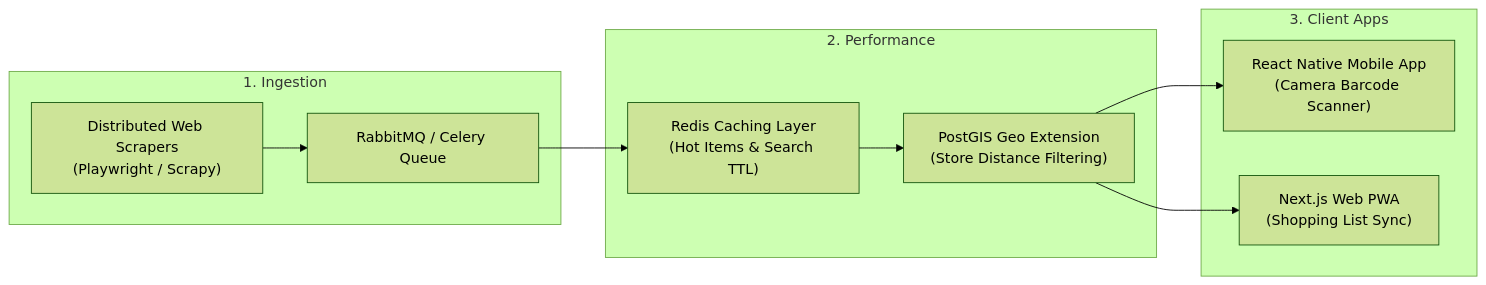
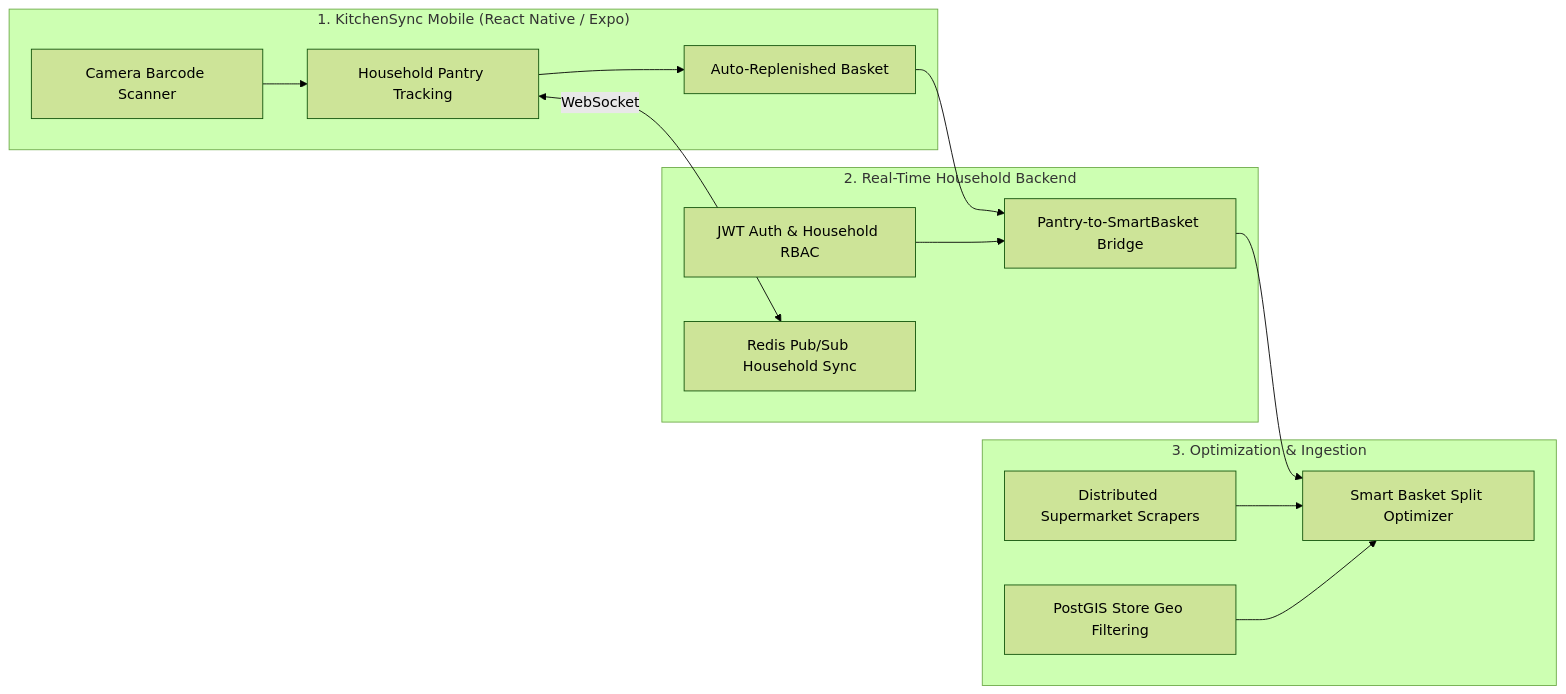
One commit to DyanCoded/Smart-Basket changed the third of 3 diagrams in docs/RETROSPECTIVE.md. Above: the diagram before and after it, drawn with Mermaid (forest theme). The commit also changed other lines of this file and 2 other files, not shown here.

Commit message:
docs(#12): polish README with quickstart, Phase 1 trade-offs and Phase 2 KitchenSync roadmap

````diff
--- a/docs/RETROSPECTIVE.md
+++ b/docs/RETROSPECTIVE.md
@@ -270,23 +270,29 @@
 ```mermaid
 flowchart LR
-    subgraph P2_1["1. Ingestion"]
-        Scrapers["Distributed Web Scrapers<br>(Playwright / Scrapy)"]
-        Queue["RabbitMQ / Celery Queue"]
+    subgraph P2_1["1. KitchenSync Mobile (React Native / Expo)"]
+        Scanner["Camera Barcode Scanner"]
+        PantryUI["Household Pantry Tracking"]
+        AutoList["Auto-Replenished Basket"]
     end
 
-    subgraph P2_2["2. Performance"]
-        RedisCache["Redis Caching Layer<br>(Hot Items & Search TTL)"]
-        PostGIS["PostGIS Geo Extension<br>(Store Distance Filtering)"]
+    subgraph P2_2["2. Real-Time Household Backend"]
+        JWTAuth["JWT Auth & Household RBAC"]
+        PubSub["Redis Pub/Sub Household Sync"]
+        PantryBridge["Pantry-to-SmartBasket Bridge"]
     end
 
-    subgraph P2_3["3. Client Apps"]
-        MobileApp["React Native Mobile App<br>(Camera Barcode Scanner)"]
-        WebPWA["Next.js Web PWA<br>(Shopping List Sync)"]
+    subgraph P2_3["3. Optimization & Ingestion"]
+        OptEngine["Smart Basket Split Optimizer"]
+        Scrapers["Distributed Supermarket Scrapers"]
+        PostGIS["PostGIS Store Geo Filtering"]
     end
 
-    Scrapers --> Queue
-    Queue --> RedisCache
-    RedisCache --> PostGIS
-    PostGIS --> MobileApp
-    PostGIS --> WebPWA
+    Scanner --> PantryUI
+    PantryUI <-->|WebSocket| PubSub
+    PantryUI --> AutoList
+    AutoList --> PantryBridge
+    JWTAuth --> PantryBridge
+    PantryBridge --> OptEngine
+    Scrapers --> OptEngine
+    PostGIS --> OptEngine
 ```
````
